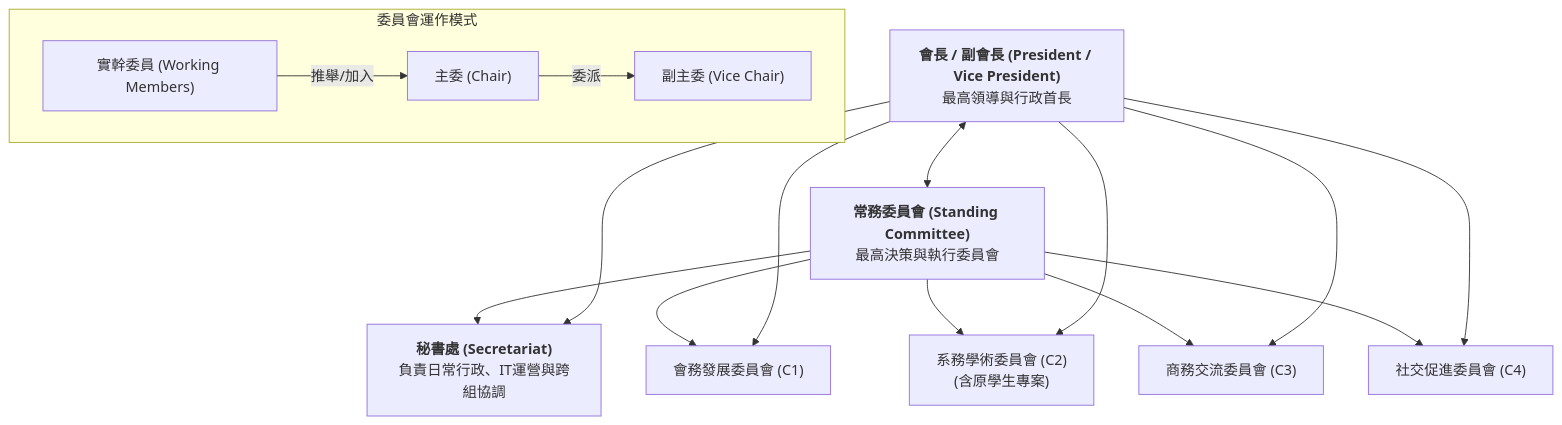
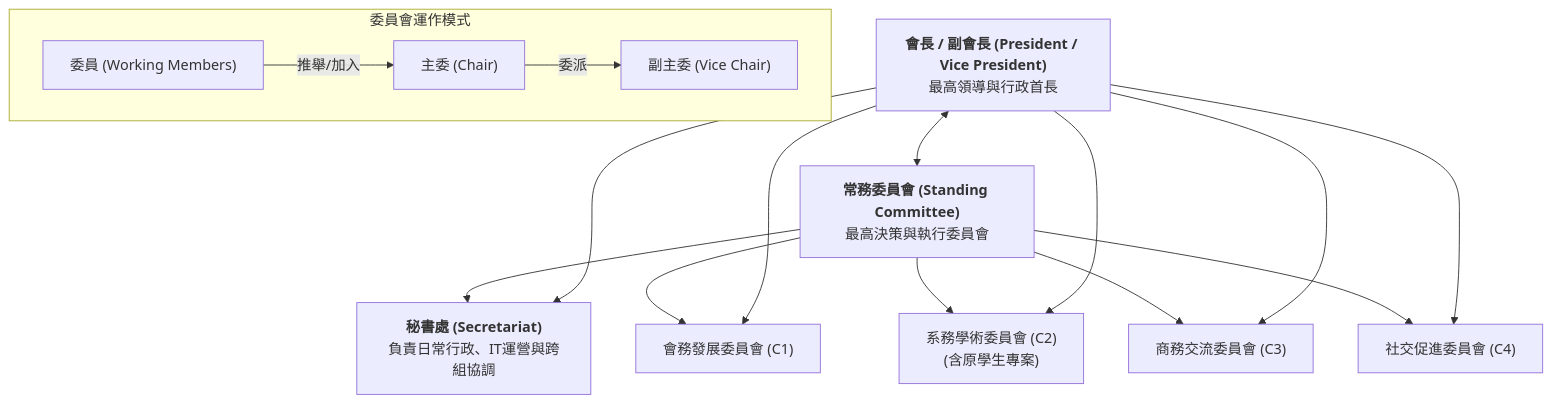
One commit to NYCU-MEAA/nycu-meaa.github.io changed the diagram in content/governance/org-structure.md. Above: the diagram before and after it, drawn with Mermaid. The commit also changed 20 other files, not shown here.

````diff
--- a/content/governance/org-structure.md
+++ b/content/governance/org-structure.md
@@ -14,33 +14,33 @@
 ```mermaid
 graph TD
     Pres["<b>會長 / 副會長 (President / Vice President)</b><br/>最高領導與行政首長"] 
     StandingCom["<b>常務委員會 (Standing Committee)</b><br/>最高決策與執行委員會"]
     Sec["<b>秘書處 (Secretariat)</b><br/>負責日常行政、IT運營與跨組協調"]
     
     C1["會務發展委員會 (C1)"]
     C2["系務學術委員會 (C2)<br/>(含原學生專案)"]
     C3["商務交流委員會 (C3)"]
     C4["社交促進委員會 (C4)"]
 
     Pres <--> StandingCom
     StandingCom --> Sec
     StandingCom --> C1
     StandingCom --> C2
     StandingCom --> C3
     StandingCom --> C4
 
     Pres --> Sec
     Pres --> C1
     Pres --> C2
     Pres --> C3
     Pres --> C4
 
     subgraph "委員會運作模式"
         C_Chair["主委 (Chair)"]
         C_VChair["副主委 (Vice Chair)"]
-        C_Members["實幹委員 (Working Members)"]
+        C_Members["委員 (Working Members)"]
         
         C_Chair -- "委派" --> C_VChair
         C_Members -- "推舉/加入" --> C_Chair
     end
 ```
````
